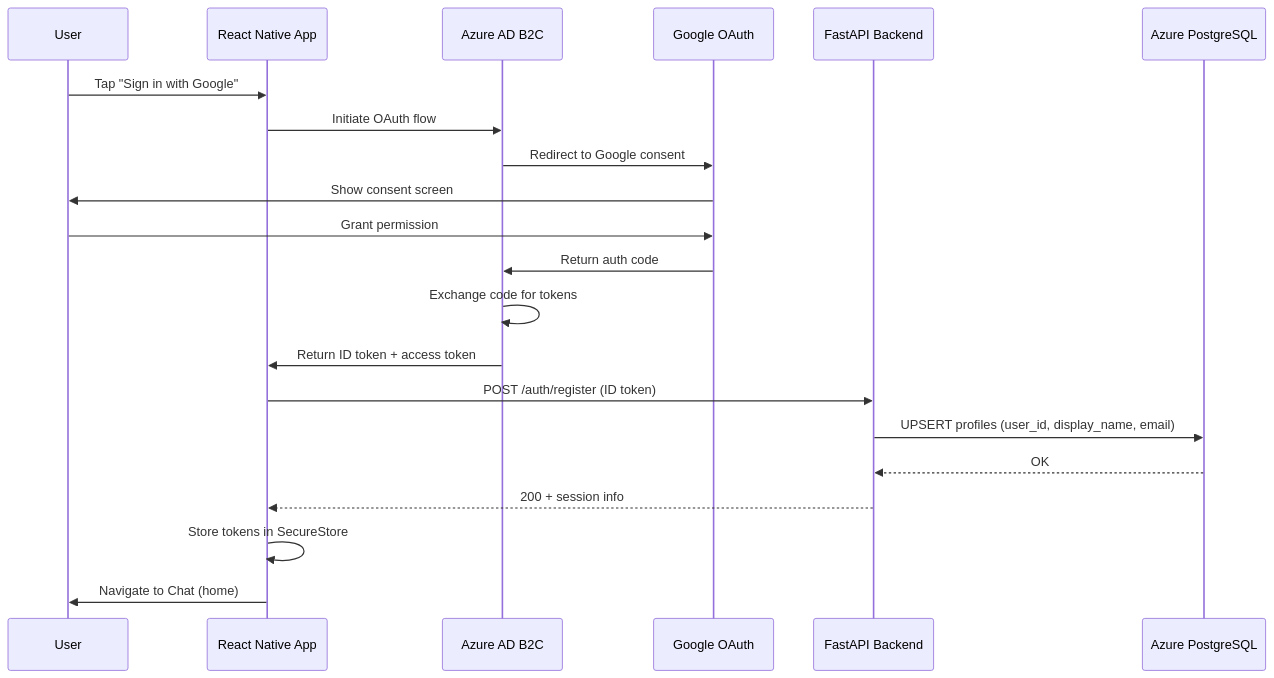
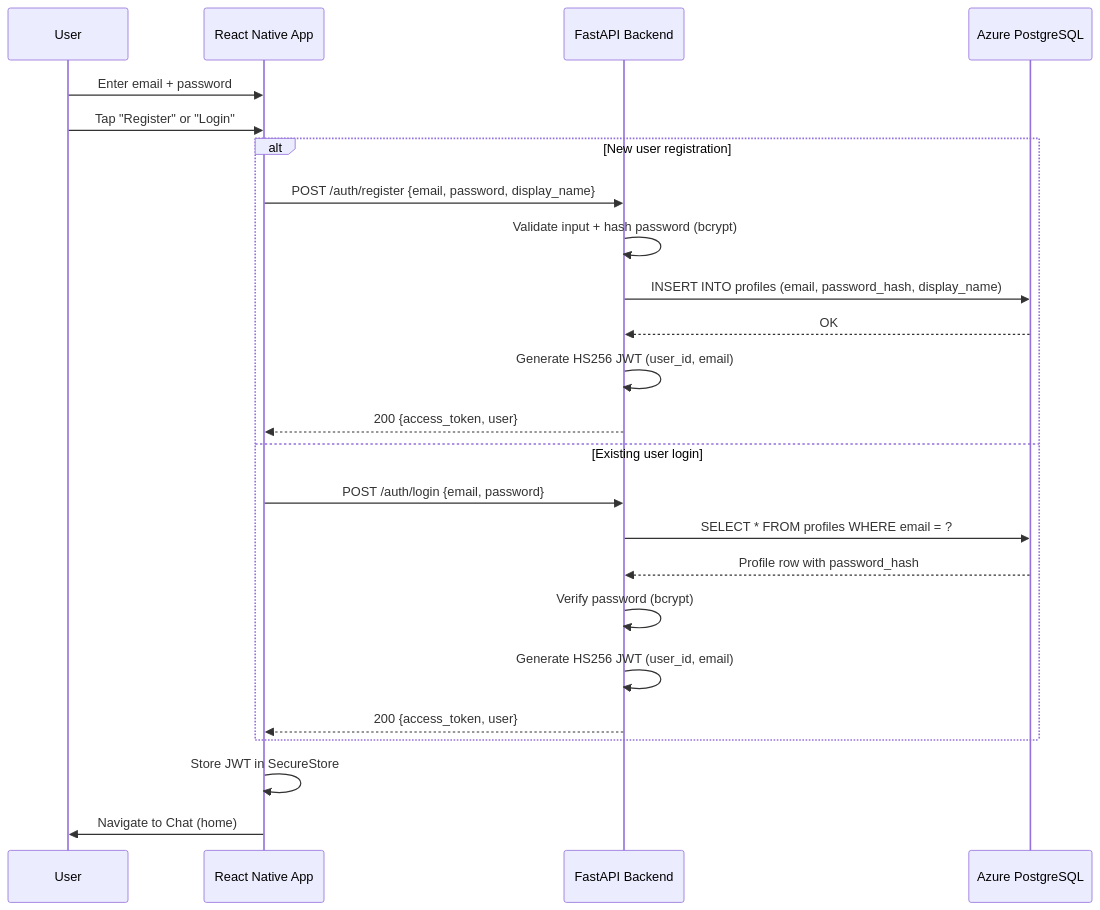
The first of 10 diagrams in Gym Trainer Implementation Plan.md (shoten-healthjourneys/gym-trainer-ai), drawn with Mermaid before and after one commit. The commit also changed other lines of this file and 20 other files, not shown here.

````diff
--- a/Gym Trainer Implementation Plan.md
+++ b/Gym Trainer Implementation Plan.md
@@ -83,24 +85,29 @@
 ```mermaid
 sequenceDiagram
     participant U as User
     participant App as React Native App
-    participant B2C as Azure AD B2C
-    participant Google as Google OAuth
     participant API as FastAPI Backend
     participant DB as Azure PostgreSQL
 
-    U->>App: Tap "Sign in with Google"
-    App->>B2C: Initiate OAuth flow
-    B2C->>Google: Redirect to Google consent
-    Google->>U: Show consent screen
-    U->>Google: Grant permission
-    Google->>B2C: Return auth code
-    B2C->>B2C: Exchange code for tokens
-    B2C->>App: Return ID token + access token
-    App->>API: POST /auth/register (ID token)
-    API->>DB: UPSERT profiles (user_id, display_name, email)
-    DB-->>API: OK
-    API-->>App: 200 + session info
-    App->>App: Store tokens in SecureStore
+    U->>App: Enter email + password
+    U->>App: Tap "Register" or "Login"
+
+    alt New user registration
+        App->>API: POST /auth/register {email, password, display_name}
+        API->>API: Validate input + hash password (bcrypt)
+        API->>DB: INSERT INTO profiles (email, password_hash, display_name)
+        DB-->>API: OK
+        API->>API: Generate HS256 JWT (user_id, email)
+        API-->>App: 200 {access_token, user}
+    else Existing user login
+        App->>API: POST /auth/login {email, password}
+        API->>DB: SELECT * FROM profiles WHERE email = ?
+        DB-->>API: Profile row with password_hash
+        API->>API: Verify password (bcrypt)
+        API->>API: Generate HS256 JWT (user_id, email)
+        API-->>App: 200 {access_token, user}
+    end
+
+    App->>App: Store JWT in SecureStore
     App->>U: Navigate to Chat (home)
 ```
````
